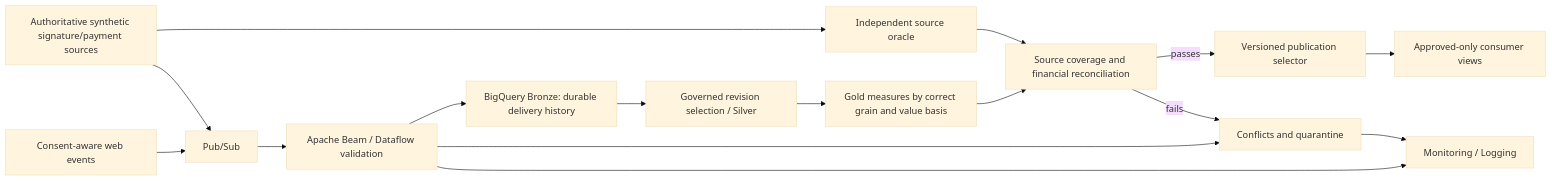
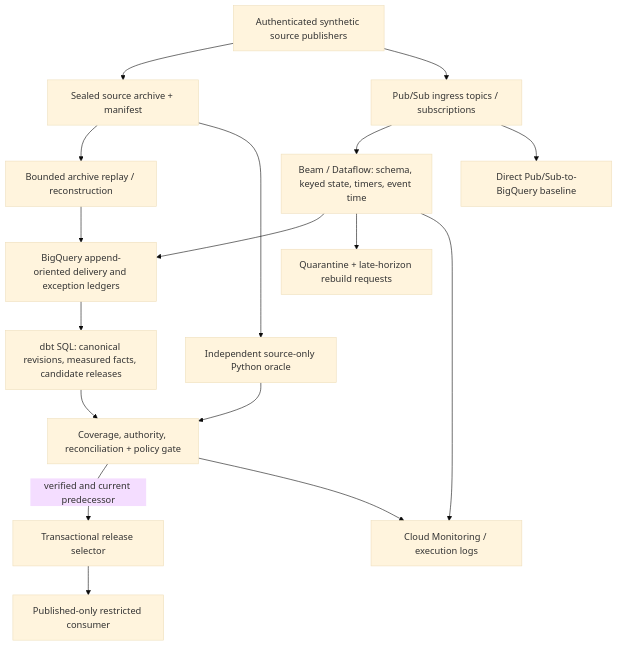
One commit to rlbsem/first-party-measurement-assurance changed the diagram in docs/gcp-streaming-control-plane-acceptance.md. Above: the diagram before and after it, drawn with Mermaid (base theme). The commit also changed other lines of this file, not shown here.

Commit message:
Refine GCP streaming acceptance for stateful recovery and architecture tradeoffs

```diff
--- a/docs/gcp-streaming-control-plane-acceptance.md
+++ b/docs/gcp-streaming-control-plane-acceptance.md
@@ -13,18 +17,19 @@
 ~~~mermaid
-flowchart LR
-  W[Consent-aware web events] --> P[Pub/Sub]
-  F[Authoritative synthetic signature/payment sources] --> P
-  P --> D[Apache Beam / Dataflow validation]
-  D --> B[BigQuery Bronze: durable delivery history]
-  D --> Q[Conflicts and quarantine]
-  B --> S[Governed revision selection / Silver]
-  S --> G[Gold measures by correct grain and value basis]
-  F --> O[Independent source oracle]
-  G --> R[Source coverage and financial reconciliation]
-  O --> R
-  R -->|passes| L[Versioned publication selector]
-  R -->|fails| Q
-  L --> C[Approved-only consumer views]
-  D --> M[Monitoring / Logging]
-  Q --> M
+flowchart TD
+  P[Authenticated synthetic source publishers] --> A[Sealed source archive + manifest]
+  P --> S[Pub/Sub ingress topics / subscriptions]
+  S --> D[Beam / Dataflow: schema, keyed state, timers, event time]
+  D --> E[BigQuery append-oriented delivery and exception ledgers]
+  D --> Q[Quarantine + late-horizon rebuild requests]
+  A --> R[Bounded archive replay / reconstruction]
+  R --> E
+  E --> M[dbt SQL: canonical revisions, measured facts, candidate releases]
+  A --> O[Independent source-only Python oracle]
+  M --> G[Coverage, authority, reconciliation + policy gate]
+  O --> G
+  G -->|verified and current predecessor| V[Transactional release selector]
+  V --> C[Published-only restricted consumer]
+  S --> X[Direct Pub/Sub-to-BigQuery baseline]
+  D --> T[Cloud Monitoring / execution logs]
+  G --> T
 ~~~
```
